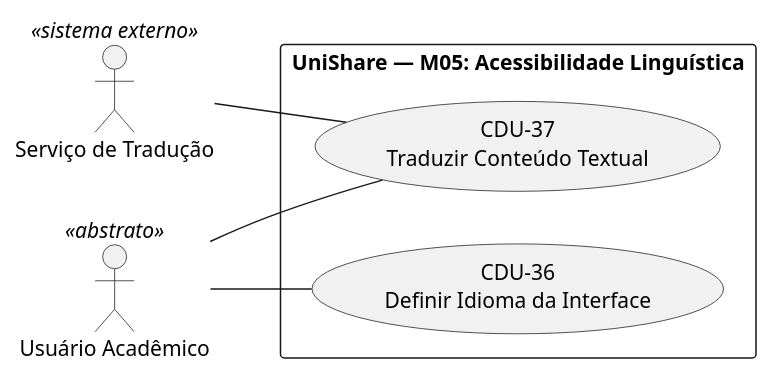
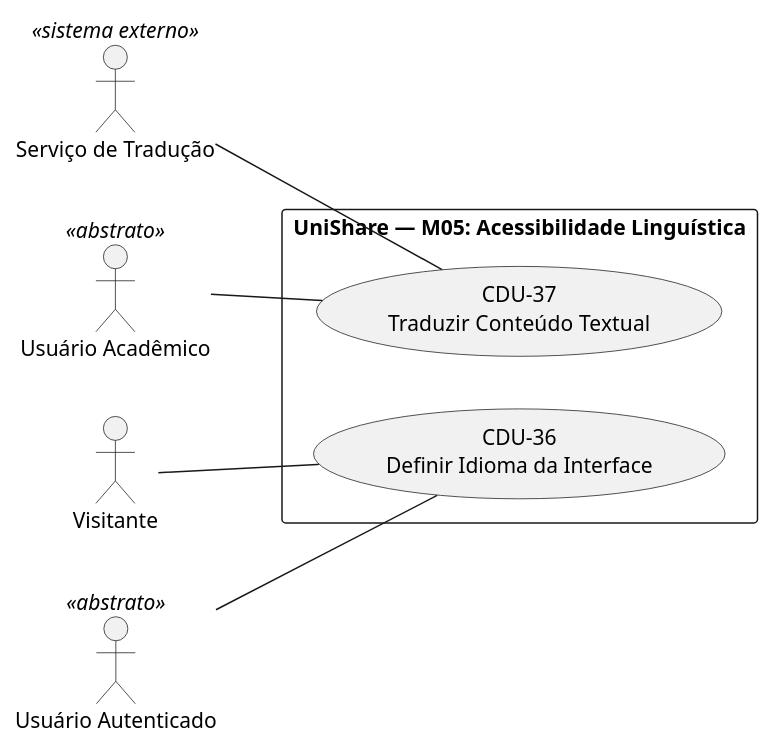
The eighth of 9 diagrams in docs/documento-visão.md (heitorrf/requisitos-2026--grupo5), drawn with PlantUML before and after one commit. The commit also changed other lines of this file, not shown here.

````diff
--- a/docs/documento-visão.md
+++ b/docs/documento-visão.md
@@ -434,14 +517,17 @@
 ```plantuml
 @startuml
 left to right direction
 actor "Serviço de Tradução" as A5 <<sistema externo>>
+actor "Visitante" as A6
 actor "Usuário Acadêmico" as A7 <<abstrato>>
+actor "Usuário Autenticado" as A10 <<abstrato>>
 rectangle "UniShare — M05: Acessibilidade Linguística" {
   usecase "CDU-36\nDefinir Idioma da Interface" as CDU36
   usecase "CDU-37\nTraduzir Conteúdo Textual" as CDU37
 }
-A7 -- CDU36
+A6 -- CDU36
+A10 -- CDU36
 A7 -- CDU37
 A5 -- CDU37
 @enduml
 ```
````
